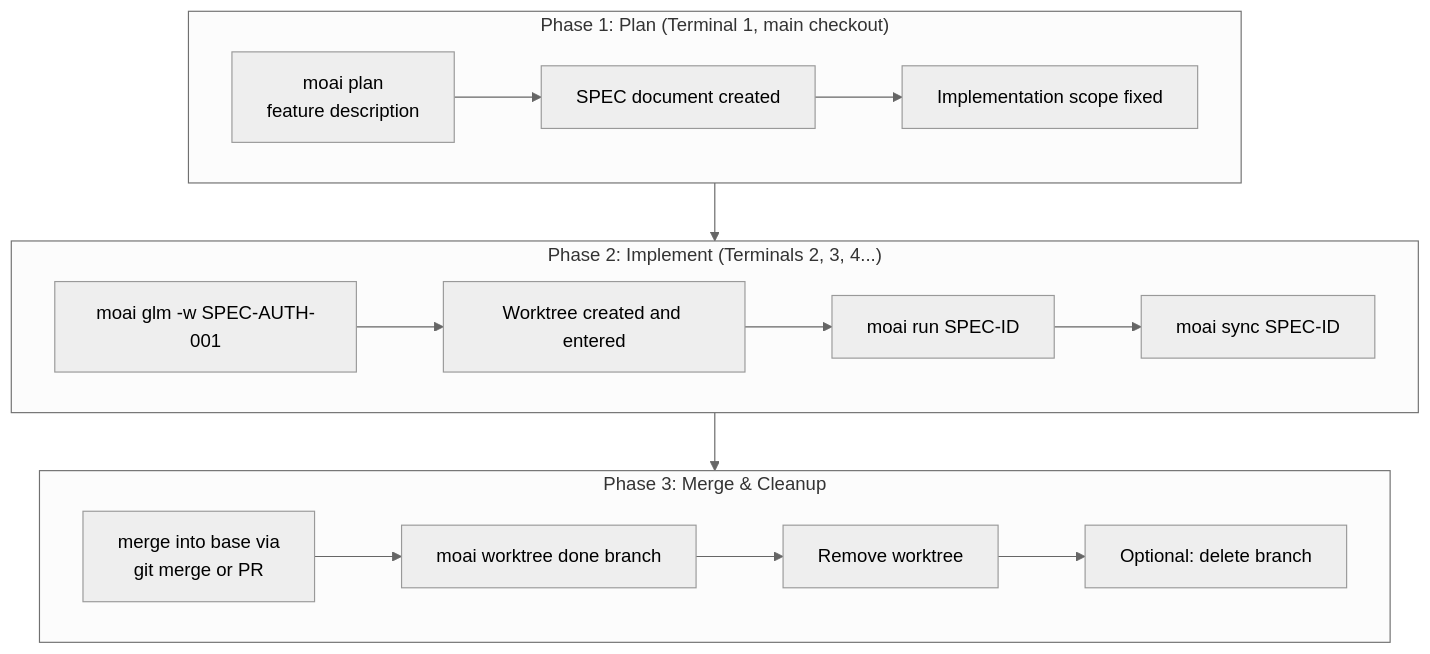
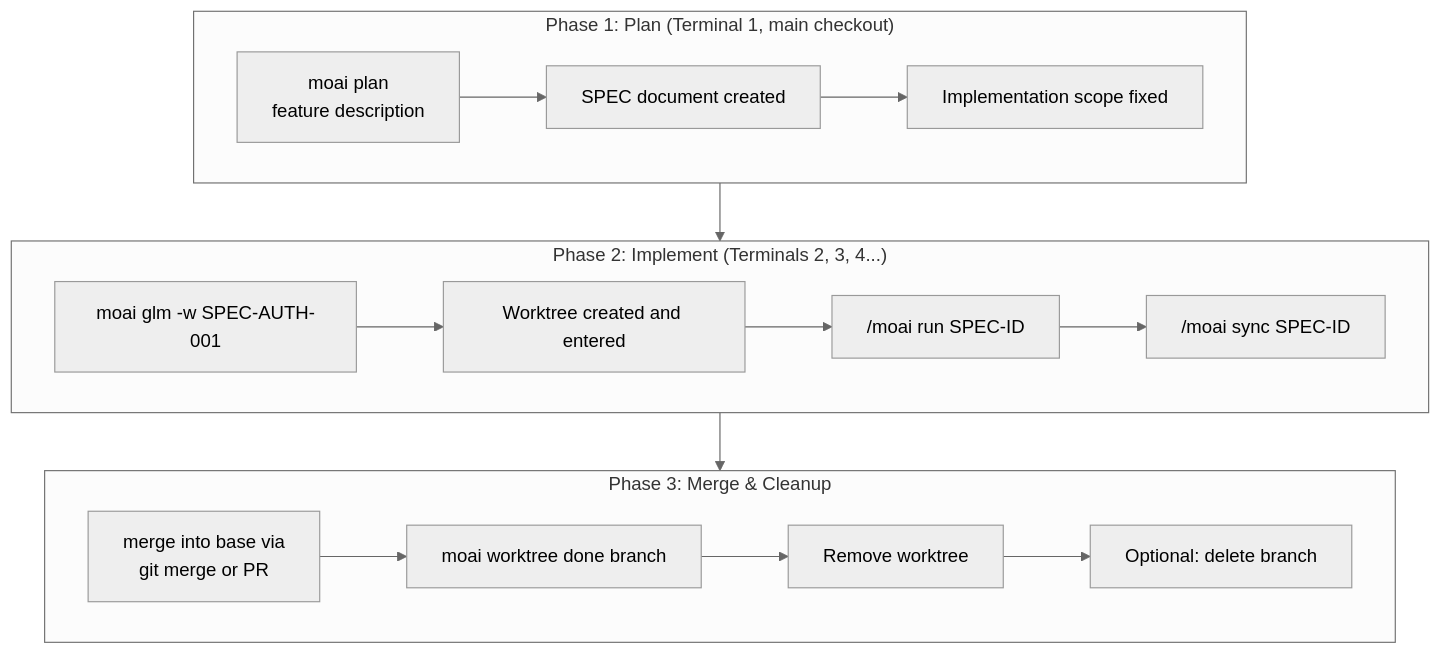
One commit to modu-ai/moai-adk changed the third of 6 diagrams in docs-site/content/en/worktree/_index.md. Above: the diagram before and after it, drawn with Mermaid (neutral theme). The commit also changed 4 other files, not shown here.

First line of the commit message:
fix(SPEC-V3R6-DOCS-PREREWRITE-SWEEPD-001): M2 slash-form Mermaid labels B3 and B4 in four locales (card t1724)

````diff
--- a/docs-site/content/en/worktree/_index.md
+++ b/docs-site/content/en/worktree/_index.md
@@ -82,22 +82,22 @@
 ```mermaid
 flowchart TD
     subgraph Phase1["Phase 1: Plan (Terminal 1, main checkout)"]
         A1["moai plan<br/>feature description"] --> A2[SPEC document created]
         A2 --> A3[Implementation scope fixed]
     end
 
     subgraph Phase2["Phase 2: Implement (Terminals 2, 3, 4...)"]
         B1["moai glm -w SPEC-AUTH-001"] --> B2[Worktree created and entered]
-        B2 --> B3["moai run SPEC-ID"]
-        B3 --> B4["moai sync SPEC-ID"]
+        B2 --> B3["/moai run SPEC-ID"]
+        B3 --> B4["/moai sync SPEC-ID"]
     end
 
     subgraph Phase3["Phase 3: Merge & Cleanup"]
         C1[merge into base via<br/>git merge or PR] --> C2[moai worktree done branch]
         C2 --> C3[Remove worktree]
         C3 --> C4[Optional: delete branch]
     end
 
     Phase1 --> Phase2
     Phase2 --> Phase3
 ```
````
